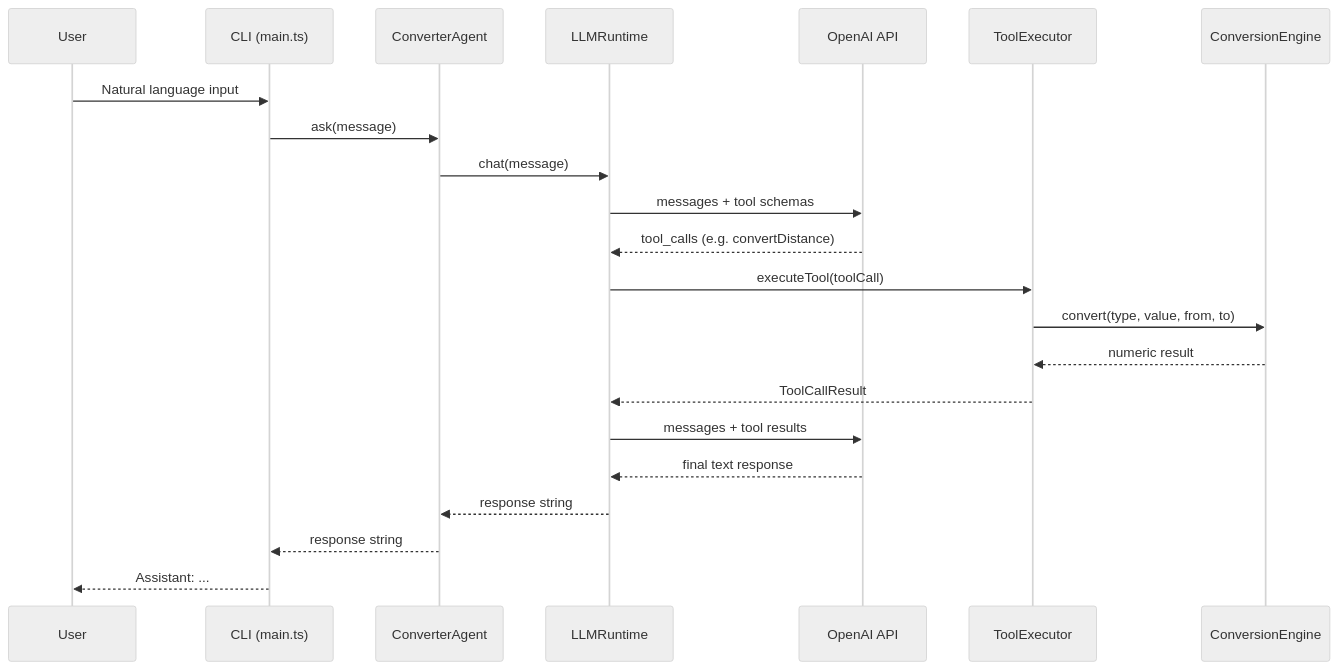
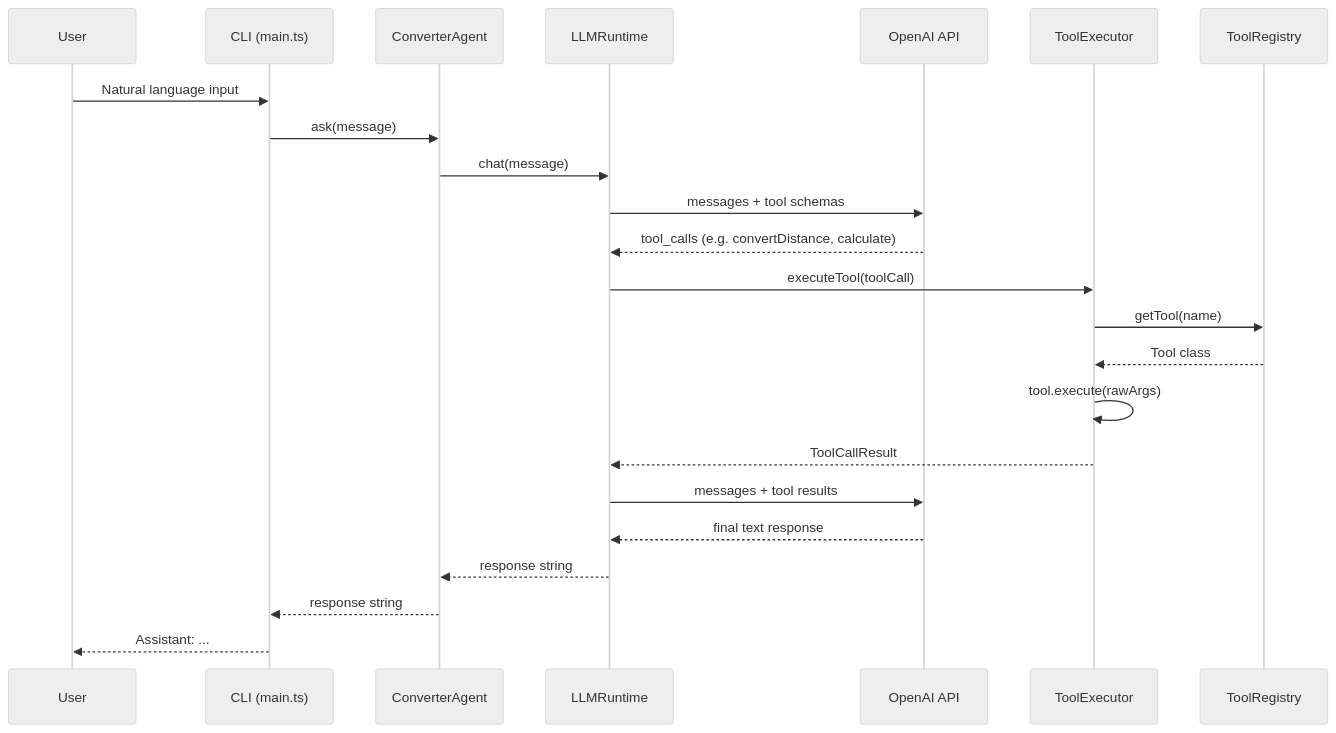
One commit to camercadop/ai-universal-converter changed the second of 5 diagrams in README.md. Above: the diagram before and after it, drawn with Mermaid (neutral theme). The commit also changed other lines of this file and 13 other files, not shown here.

Commit message:
feat(tools): refactor conversion architecture to support dynamic tool registration and execution

````diff
--- a/README.md
+++ b/README.md
@@ -105,25 +113,26 @@
 ```mermaid
 sequenceDiagram
     participant User
     participant CLI (main.ts)
     participant ConverterAgent
     participant LLMRuntime
     participant OpenAI API
     participant ToolExecutor
-    participant ConversionEngine
+    participant ToolRegistry
 
     User->>CLI (main.ts): Natural language input
     CLI (main.ts)->>ConverterAgent: ask(message)
     ConverterAgent->>LLMRuntime: chat(message)
     LLMRuntime->>OpenAI API: messages + tool schemas
-    OpenAI API-->>LLMRuntime: tool_calls (e.g. convertDistance)
+    OpenAI API-->>LLMRuntime: tool_calls (e.g. convertDistance, calculate)
     LLMRuntime->>ToolExecutor: executeTool(toolCall)
-    ToolExecutor->>ConversionEngine: convert(type, value, from, to)
-    ConversionEngine-->>ToolExecutor: numeric result
+    ToolExecutor->>ToolRegistry: getTool(name)
+    ToolRegistry-->>ToolExecutor: Tool class
+    ToolExecutor->>ToolExecutor: tool.execute(rawArgs)
     ToolExecutor-->>LLMRuntime: ToolCallResult
     LLMRuntime->>OpenAI API: messages + tool results
     OpenAI API-->>LLMRuntime: final text response
     LLMRuntime-->>ConverterAgent: response string
     ConverterAgent-->>CLI (main.ts): response string
     CLI (main.ts)-->>User: Assistant: ...
 ```
````
